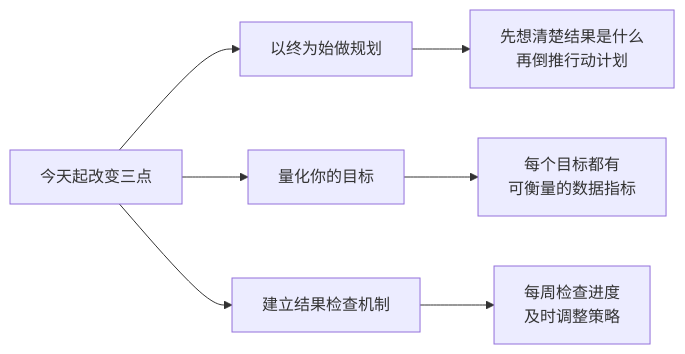
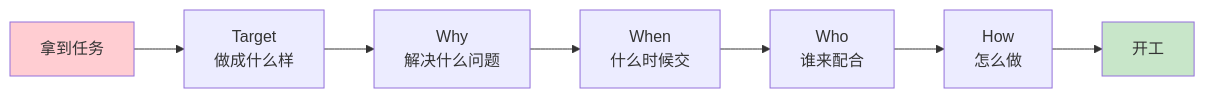
Before and after one commit to chongyang211/YCBookBlog: the diagram in packages/website/13.书籍/05.自我精进·成事/01.目标管理/01.以结果导向计划.md, drawn with Mermaid. The commit also changed other lines of this file and 83 other files, not shown here.

````diff
--- a/packages/website/13.书籍/05.自我精进·成事/01.目标管理/01.以结果导向计划.md
+++ b/packages/website/13.书籍/05.自我精进·成事/01.目标管理/01.以结果导向计划.md
@@ -228,10 +90,11 @@
 ```mermaid
 graph LR
-    A[今天起改变三点] --> B[以终为始做规划]
-    A --> C[量化你的目标]
-    A --> D[建立结果检查机制]
-    
-    B --> B1[先想清楚结果是什么<br/>再倒推行动计划]
-    C --> C1[每个目标都有<br/>可衡量的数据指标]
-    D --> D1[每周检查进度<br/>及时调整策略]
+    A[拿到任务] --> B[Target<br/>做成什么样]
+    B --> C[Why<br/>解决什么问题]
+    C --> D[When<br/>什么时候交]
+    D --> E[Who<br/>谁来配合]
+    E --> F[How<br/>怎么做]
+    F --> G[开工]
+    style A fill:#ffcdd2
+    style G fill:#c8e6c9
 ```
````
